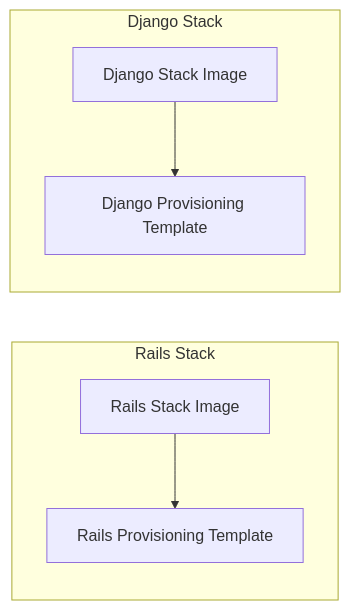
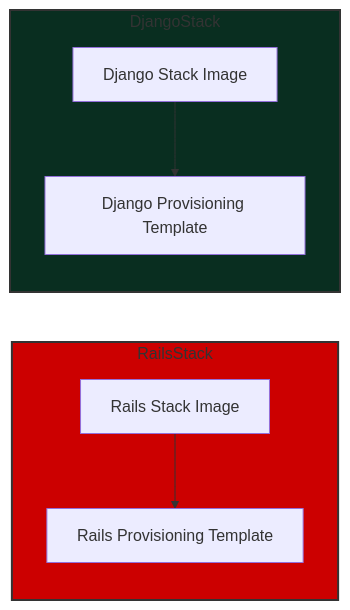
The sixth of 10 diagrams in README.md (bparanj/hivegrid.dev), drawn with Mermaid before and after one commit. The commit also changed other lines of this file, not shown here.

Commit message:
Resolve readme merge issue

````diff
--- a/README.md
+++ b/README.md
@@ -248,10 +248,14 @@
 ```mermaid
 graph LR
-  subgraph Rails Stack
+  %% Define style for Rails Stack
+  style RailsStack fill:#cc0000,stroke:#333,stroke-width:2px
+  subgraph RailsStack
     RailsImage[Rails Stack Image] --> RailsTemplate[Rails Provisioning Template]
   end
 
-  subgraph Django Stack
+  %% Define style for Django Stack
+  style DjangoStack fill:#092E20,stroke:#333,stroke-width:2px
+  subgraph DjangoStack
     DjangoImage[Django Stack Image] --> DjangoTemplate[Django Provisioning Template]
   end
 ```
````
